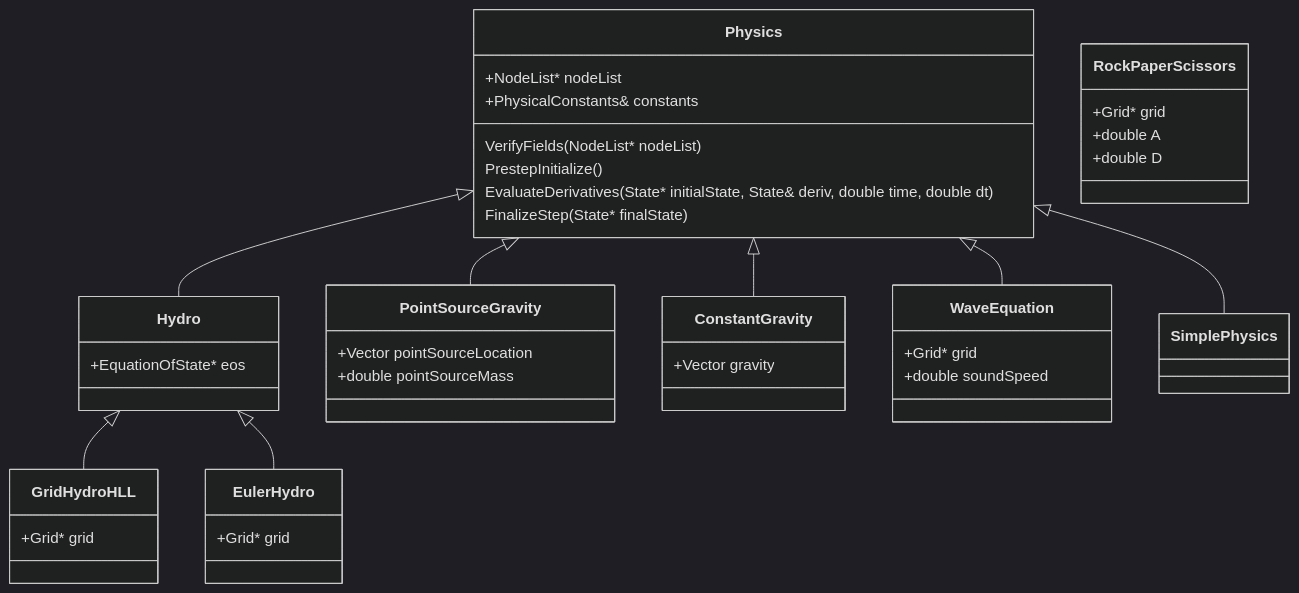
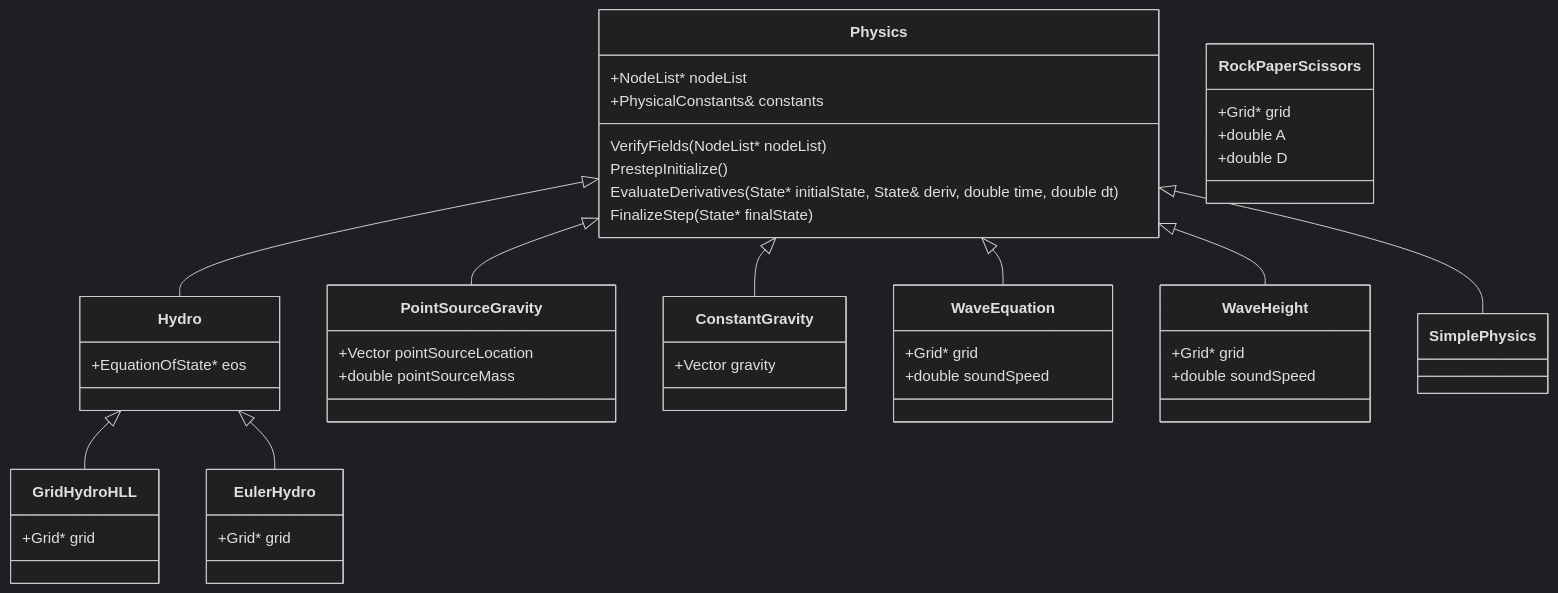
One commit to antimatterhorn/nidhoggr changed the diagram in src/Physics/Classes.md. Above: the diagram before and after it, drawn with Mermaid (dark theme).

Commit message:
updated classes diagram

````diff
--- a/src/Physics/Classes.md
+++ b/src/Physics/Classes.md
@@ -2,44 +2,49 @@
 ```mermaid
 classDiagram
     Physics <|-- Hydro
     Physics <|-- PointSourceGravity
     Physics <|-- ConstantGravity
     Physics <|-- WaveEquation
+    Physics <|-- WaveHeight
     Physics : +NodeList* nodeList
     Physics : +PhysicalConstants& constants
     Physics : VerifyFields(NodeList* nodeList)
     Physics : PrestepInitialize()
     Physics : EvaluateDerivatives(State* initialState, State<dim>& deriv, double time, double dt)
     Physics : FinalizeStep(State* finalState)
     class PointSourceGravity{
         +Vector pointSourceLocation
         +double pointSourceMass
     }
     class ConstantGravity{
         +Vector gravity
     }
     class Hydro{
         +EquationOfState* eos
     }
     Physics <|-- SimplePhysics
     class SimplePhysics{
         
     }
     class WaveEquation{
         +Grid* grid
         +double soundSpeed
     }
+    class WaveHeight{
+        +Grid* grid
+        +double soundSpeed
+    }
     class RockPaperScissors{
         +Grid* grid
         +double A
         +double D
     }
     Hydro <| -- GridHydroHLL
     class GridHydroHLL{
         +Grid* grid
     }
     Hydro <| -- EulerHydro
     class EulerHydro{
         +Grid* grid
     }
 ```
````
